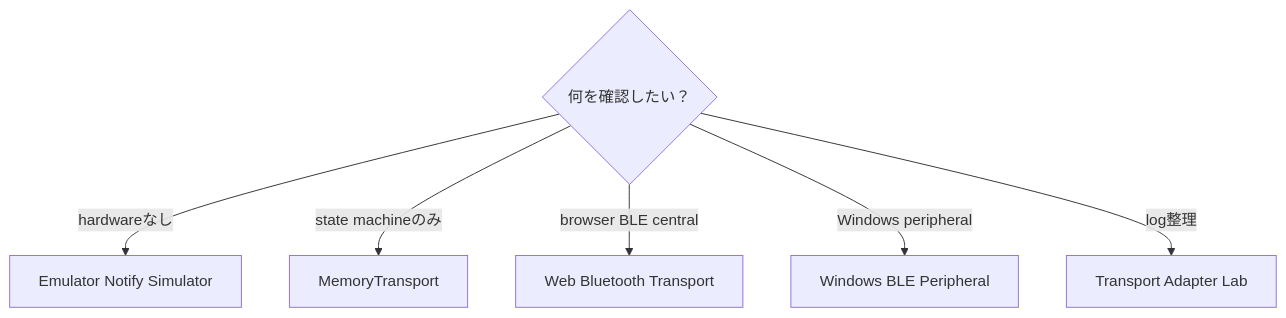
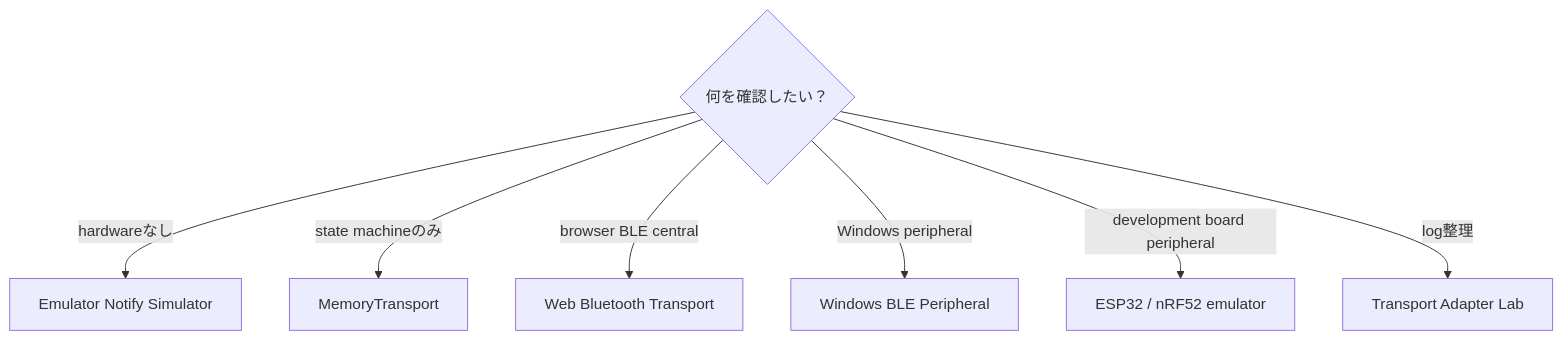
One commit to Azsoft-jp/MCard-StarterKit changed the first of 2 diagrams in docs-ja/TRANSPORT_GUIDE.md. Above: the diagram before and after it, drawn with Mermaid. The commit also changed other lines of this file and 19 other files, not shown here.

````diff
--- a/docs-ja/TRANSPORT_GUIDE.md
+++ b/docs-ja/TRANSPORT_GUIDE.md
@@ -16,9 +17,10 @@
 ```mermaid
 flowchart TD
   Need{何を確認したい？}
   Need -->|hardwareなし| Emulator[Emulator Notify Simulator]
   Need -->|state machineのみ| Memory[MemoryTransport]
   Need -->|browser BLE central| WebBT[Web Bluetooth Transport]
   Need -->|Windows peripheral| Win[Windows BLE Peripheral]
+  Need -->|development board peripheral| Board[ESP32 / nRF52 emulator]
   Need -->|log整理| Adapter[Transport Adapter Lab]
 ```
````
